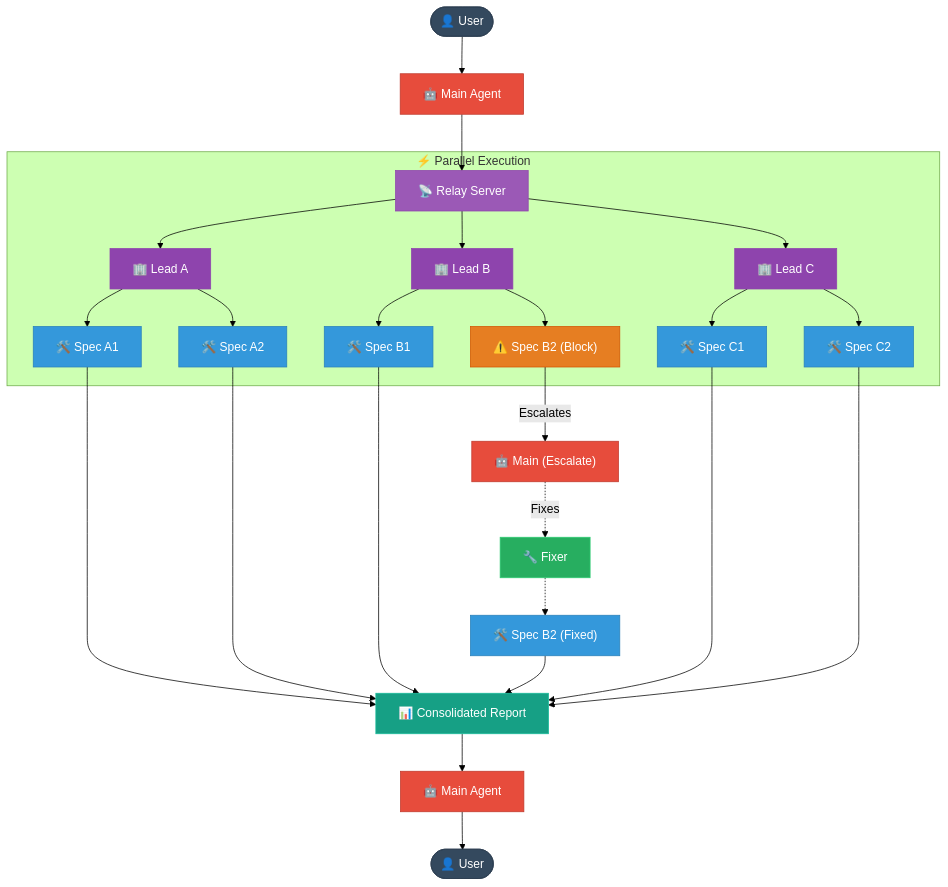
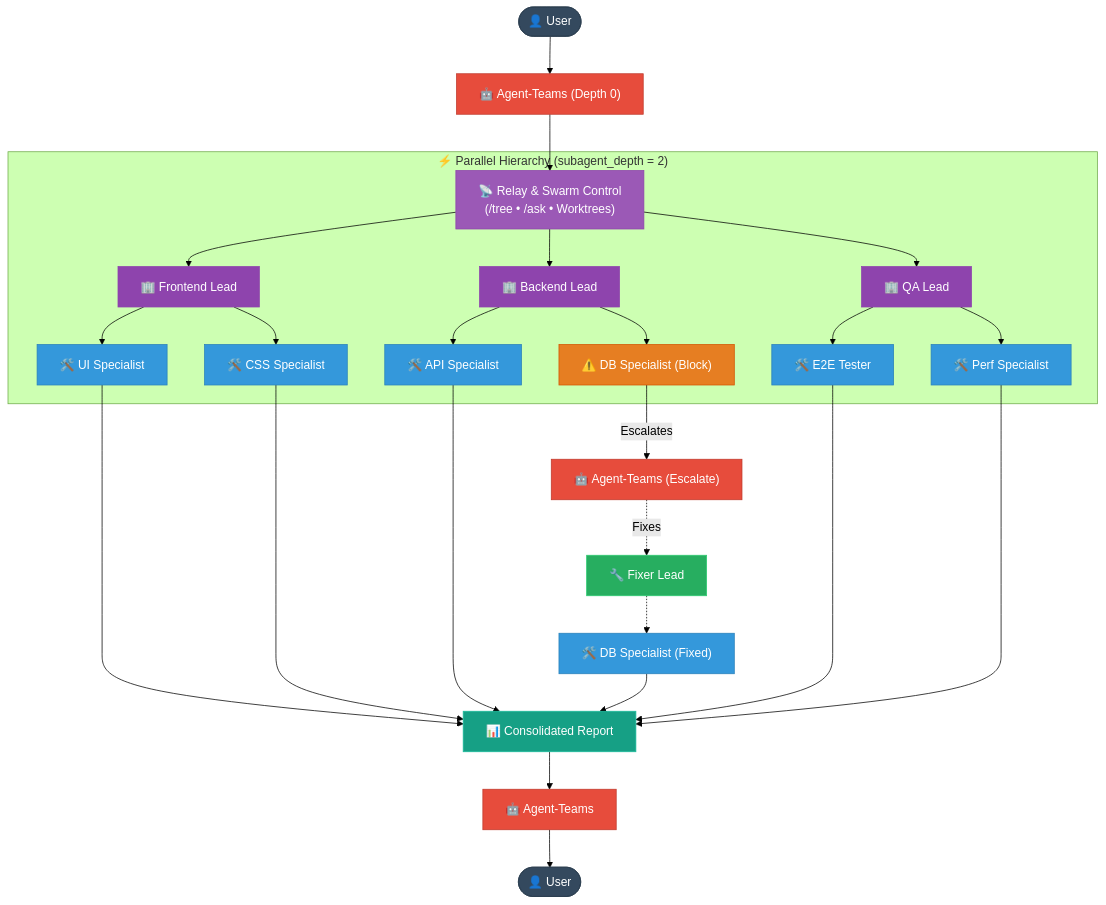
Before and after one commit to mdsohail99/opencode-agent-teams-relay: the diagram in README.md, drawn with Mermaid (forest theme).

Commit message:
docs: simplify architecture diagram for v1.0.8

````diff
--- a/README.md
+++ b/README.md
@@ -108,46 +108,46 @@
 ```mermaid
 flowchart TD
-    User(["👤 User"]) --> Main1["🤖 Main Agent"] --> Relay["📡 Relay Server"]
+    User(["👤 User"]) --> Main1["🤖 Agent-Teams (Depth 0)"] --> Relay["📡 Relay & Swarm Control\n(/tree • /ask • Worktrees)"]
     
-    subgraph "⚡ Parallel Execution"
-        Relay --> L_A["🏢 Lead A"] & L_B["🏢 Lead B"] & L_C["🏢 Lead C"]
+    subgraph "⚡ Parallel Hierarchy (subagent_depth = 2)"
+        Relay --> L_A["🏢 Frontend Lead"] & L_B["🏢 Backend Lead"] & L_C["🏢 QA Lead"]
         
-        L_A --> S_A1["🛠️ Spec A1"] & S_A2["🛠️ Spec A2"]
-        L_B --> S_B1["🛠️ Spec B1"] & S_B2["⚠️ Spec B2 (Block)"]
-        L_C --> S_C1["🛠️ Spec C1"] & S_C2["🛠️ Spec C2"]
+        L_A --> S_A1["🛠️ UI Specialist"] & S_A2["🛠️ CSS Specialist"]
+        L_B --> S_B1["🛠️ API Specialist"] & S_B2["⚠️ DB Specialist (Block)"]
+        L_C --> S_C1["🛠️ E2E Tester"] & S_C2["🛠️ Perf Specialist"]
     end
 
-    Main2["🤖 Main (Escalate)"]
-    Fixer["🔧 Fixer"]
-    S_B2_F["🛠️ Spec B2 (Fixed)"]
+    Main2["🤖 Agent-Teams (Escalate)"]
+    Fixer["🔧 Fixer Lead"]
+    S_B2_F["🛠️ DB Specialist (Fixed)"]
     Report["📊 Consolidated Report"]
     
     %% Error Flow
     S_B2 -->|Escalates| Main2 -.->|Fixes| Fixer -.-> S_B2_F
     
     %% Success Flow
     S_A1 & S_A2 & S_B1 & S_C1 & S_C2 --> Report
     S_B2_F --> Report
     
     %% Final Return
-    Report --> Main3["🤖 Main Agent"] --> User2(["👤 User"])
+    Report --> Main3["🤖 Agent-Teams"] --> User2(["👤 User"])
 
     %% Styling
     classDef user fill:#34495e,color:#fff,stroke:#2c3e50,stroke-width:1px
     classDef main fill:#e74c3c,color:#fff,stroke:#c0392b,stroke-width:1px
     classDef relay fill:#9b59b6,color:#fff,stroke:#8e44ad,stroke-width:1px
     classDef team fill:#8e44ad,color:#fff,stroke:#8e44ad,stroke-width:1px
     classDef spec fill:#3498db,color:#fff,stroke:#2980b9,stroke-width:1px
     classDef blocked fill:#e67e22,color:#fff,stroke:#d35400,stroke-width:1px
     classDef fixer fill:#27ae60,color:#fff,stroke:#2ecc71,stroke-width:1px
     classDef report fill:#16a085,color:#fff,stroke:#1abc9c,stroke-width:1px
 
     class User,User2 user
     class Main1,Main2,Main3 main
     class Relay relay
     class L_A,L_B,L_C team
     class S_A1,S_A2,S_B1,S_C1,S_C2,S_B2_F spec
     class S_B2 blocked
     class Fixer fixer
     class Report report
 ```
````
